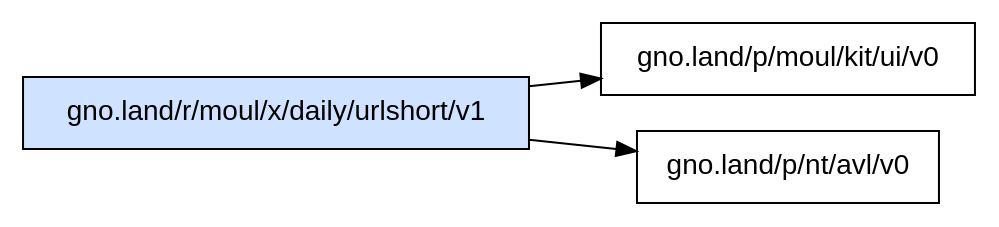
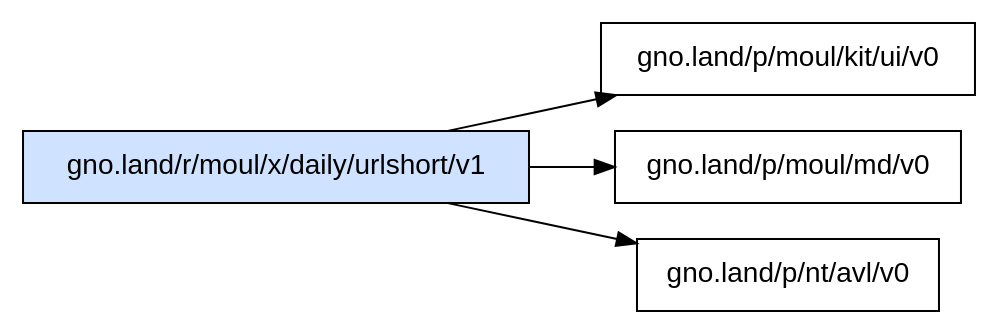
Before and after one commit to moul/gno-contracts: the diagram in _assets/gno.land/r/moul/x/daily/urlshort/v1/deps.dot, drawn with Graphviz. The commit also changed 49 other files, not shown here.

Commit message:
chore: regenerate catalog, graphs and on-chain status [skip ci]

```diff
--- a/_assets/gno.land/r/moul/x/daily/urlshort/v1/deps.dot
+++ b/_assets/gno.land/r/moul/x/daily/urlshort/v1/deps.dot
@@ -1,7 +1,8 @@
 digraph deps {
   rankdir=LR;
   node [shape=box, fontname="sans-serif"];
   "gno.land/r/moul/x/daily/urlshort/v1" [style=filled, fillcolor="#cfe2ff"];
   "gno.land/r/moul/x/daily/urlshort/v1" -> "gno.land/p/moul/kit/ui/v0";
+  "gno.land/r/moul/x/daily/urlshort/v1" -> "gno.land/p/moul/md/v0";
   "gno.land/r/moul/x/daily/urlshort/v1" -> "gno.land/p/nt/avl/v0";
 }
```
